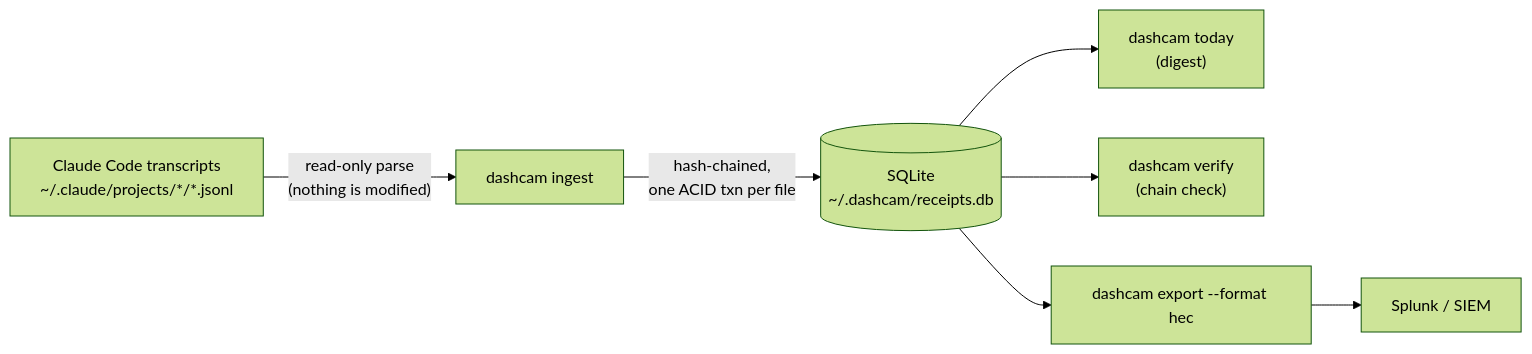
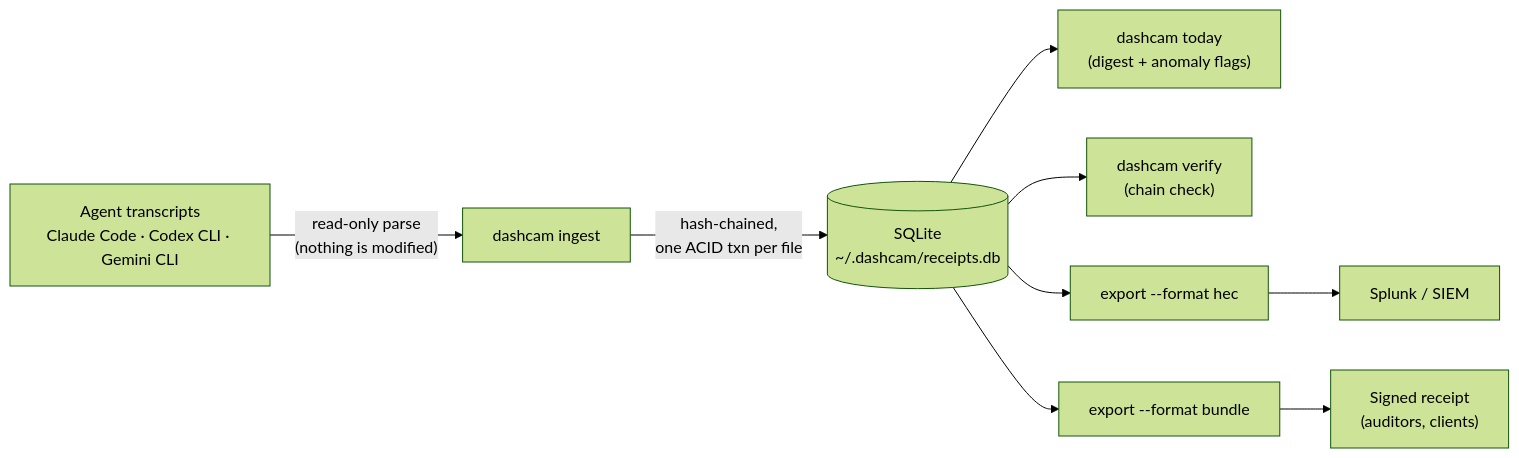
Before and after one commit to Varshith-Kali/dashcam: the diagram in README.md, drawn with Mermaid (forest theme). The commit also changed other lines of this file and 15 other files, not shown here.

First line of the commit message:
v0.2: universal tape — multi-harness, anomaly flags, signed bundles

````diff
--- a/README.md
+++ b/README.md
@@ -64,9 +67,11 @@
 ```mermaid
 flowchart LR
-    A["Claude Code transcripts<br/>~/.claude/projects/*/*.jsonl"] -->|"read-only parse<br/>(nothing is modified)"| B["dashcam ingest"]
+    A["Agent transcripts<br/>Claude Code · Codex CLI · Gemini CLI"] -->|"read-only parse<br/>(nothing is modified)"| B["dashcam ingest"]
     B -->|"hash-chained,<br/>one ACID txn per file"| C[("SQLite<br/>~/.dashcam/receipts.db")]
-    C --> D["dashcam today<br/>(digest)"]
+    C --> D["dashcam today<br/>(digest + anomaly flags)"]
     C --> E["dashcam verify<br/>(chain check)"]
-    C --> F["dashcam export --format hec"]
+    C --> F["export --format hec"]
     F --> G["Splunk / SIEM"]
+    C --> H["export --format bundle"]
+    H --> I["Signed receipt<br/>(auditors, clients)"]
 ```
````
